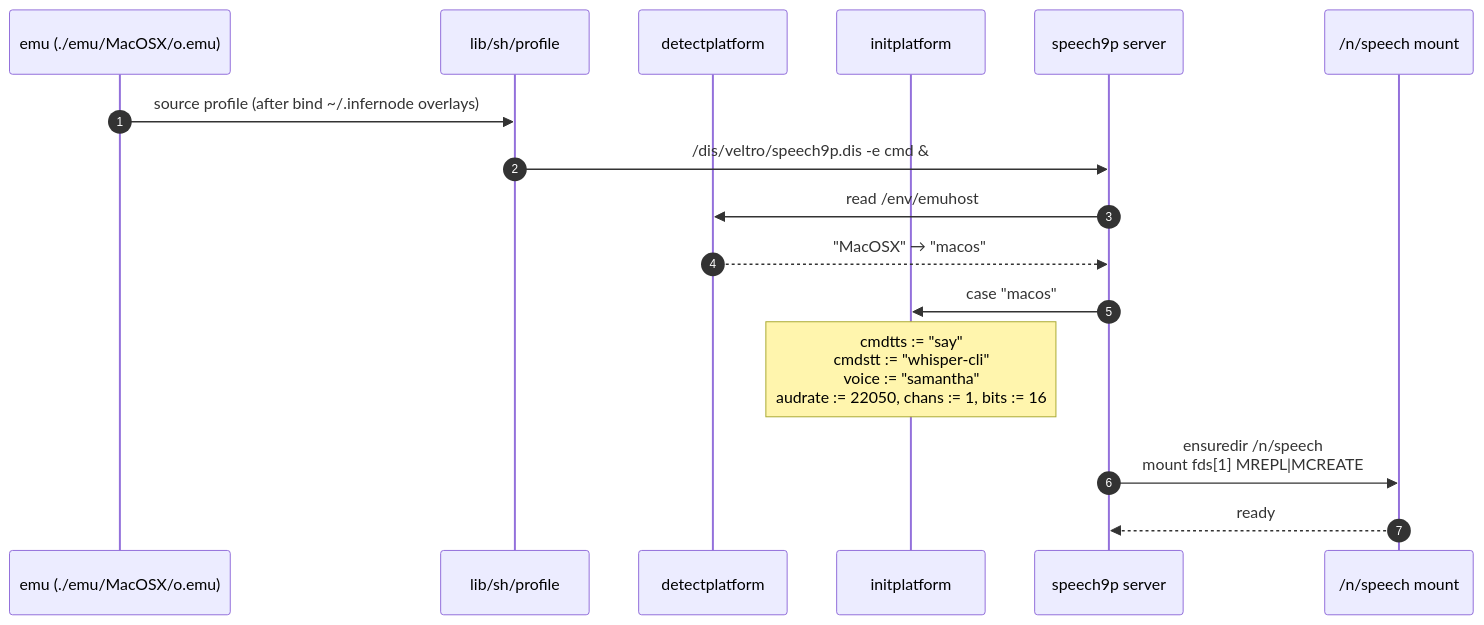
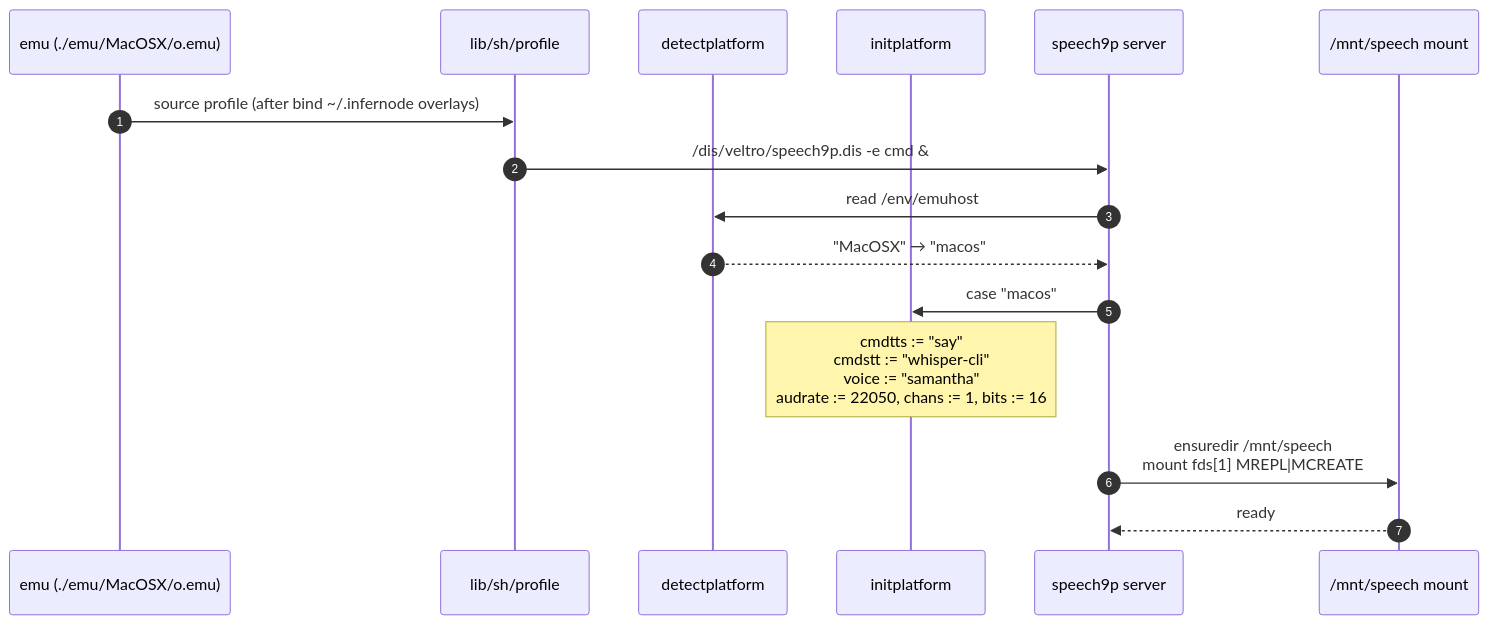
Diagram 14 of 16 in docs/SPEECH-ARCHITECTURE.md (Ticed/infernode-os), drawn with Mermaid before and after one commit. The commit also changed other lines of this file and 66 other files, not shown here.

````diff
--- a/docs/SPEECH-ARCHITECTURE.md
+++ b/docs/SPEECH-ARCHITECTURE.md
@@ -839,19 +839,19 @@
 ```mermaid
 sequenceDiagram
     autonumber
     participant emu as emu (./emu/MacOSX/o.emu)
     participant prof as lib/sh/profile
     participant det as detectplatform
     participant init as initplatform
     participant sp as speech9p server
-    participant ns as /n/speech mount
+    participant ns as /mnt/speech mount
 
     emu->>prof: source profile (after bind ~/.infernode overlays)
     prof->>sp: /dis/veltro/speech9p.dis -e cmd &
     sp->>det: read /env/emuhost
     det-->>sp: "MacOSX"  → "macos"
     sp->>init: case "macos"
     Note over init: cmdtts := "say"<br/>cmdstt := "whisper-cli"<br/>voice := "samantha"<br/>audrate := 22050, chans := 1, bits := 16
-    sp->>ns: ensuredir /n/speech<br/>mount fds[1] MREPL|MCREATE
+    sp->>ns: ensuredir /mnt/speech<br/>mount fds[1] MREPL|MCREATE
     ns-->>sp: ready
 ```
````
